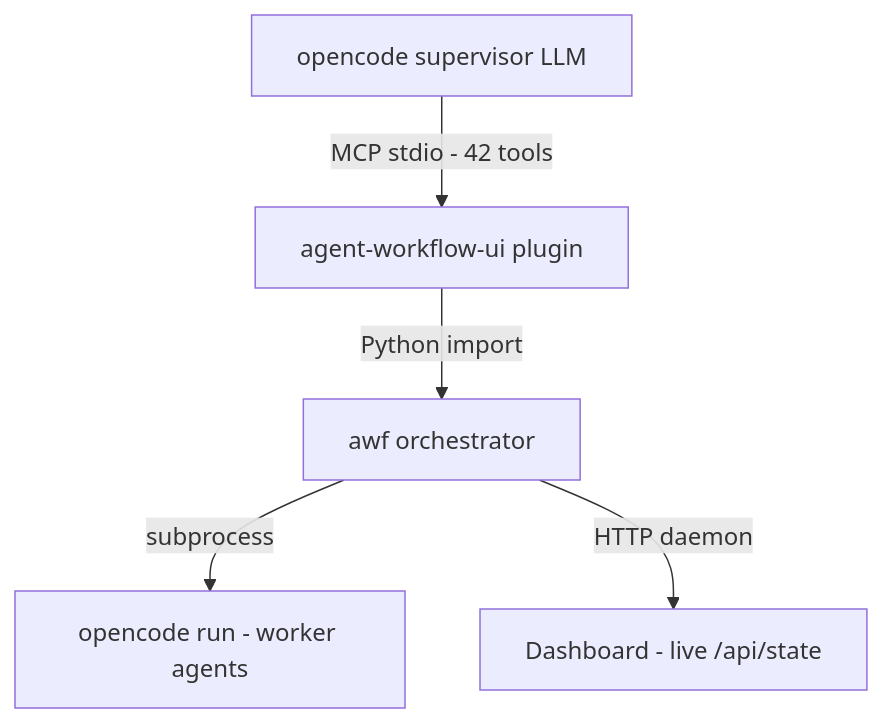
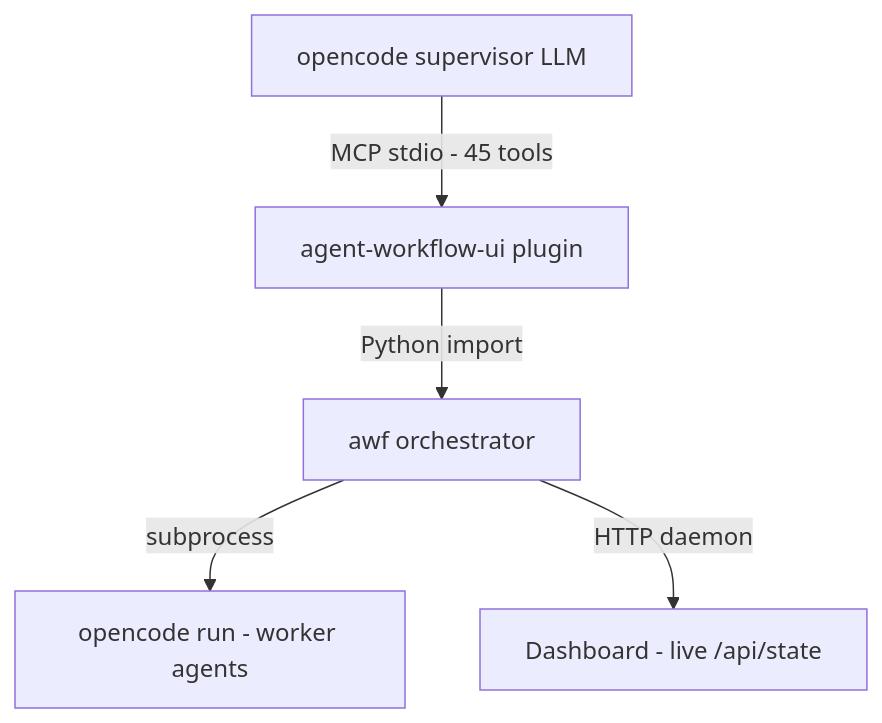
One commit to EnerJizeIT/agentic-workflow changed the second of 2 diagrams in README.md. Above: the diagram before and after it, drawn with Mermaid. The commit also changed other lines of this file and 10 other files, not shown here.

````diff
--- a/README.md
+++ b/README.md
@@ -100,7 +100,7 @@
 ```mermaid
 graph TD
-    A[opencode supervisor LLM] -->|MCP stdio - 42 tools| B[agent-workflow-ui plugin]
+    A[opencode supervisor LLM] -->|MCP stdio - 45 tools| B[agent-workflow-ui plugin]
     B -->|Python import| C[awf orchestrator]
     C -->|subprocess| D[opencode run - worker agents]
     C -->|HTTP daemon| E[Dashboard - live /api/state]
 ```
````
